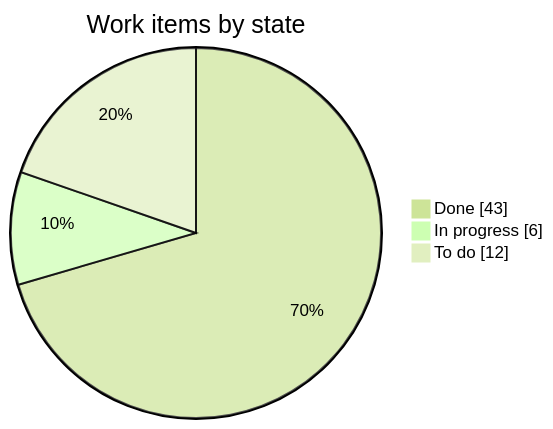
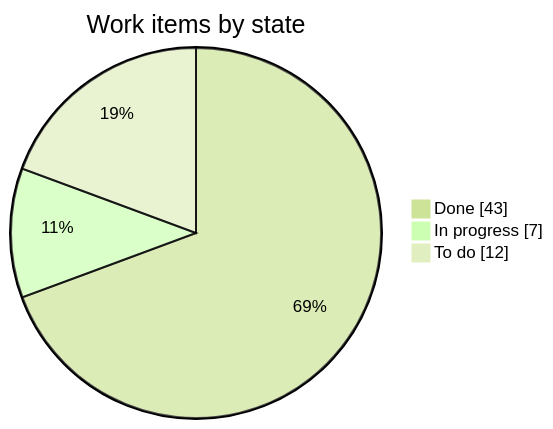
The first of 2 diagrams in STATUS.md (LoMagnette/ghost-light), drawn with Mermaid (forest theme) before and after one commit. The commit also changed other lines of this file and 4 other files, not shown here.

````diff
--- a/STATUS.md
+++ b/STATUS.md
@@ -31,7 +31,7 @@
 ```mermaid
 pie showData
     title Work items by state
     "Done" : 43
-    "In progress" : 6
+    "In progress" : 7
     "To do" : 12
 ```
````
